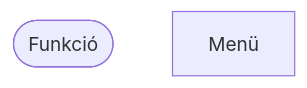
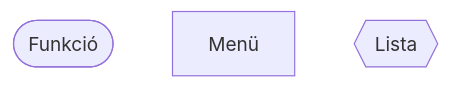
Before and after one commit to Exanim/Uni-Weather-app-project: the second of 2 diagrams in rendszerterv.md, drawn with Mermaid. The commit also changed other lines of this file, not shown here.

````diff
--- a/rendszerterv.md
+++ b/rendszerterv.md
@@ -52,5 +56,6 @@
 ```mermaid
 flowchart TD
     func([Funkció])
     menu[Menü]
+    list{{Lista}}
 ```
````
